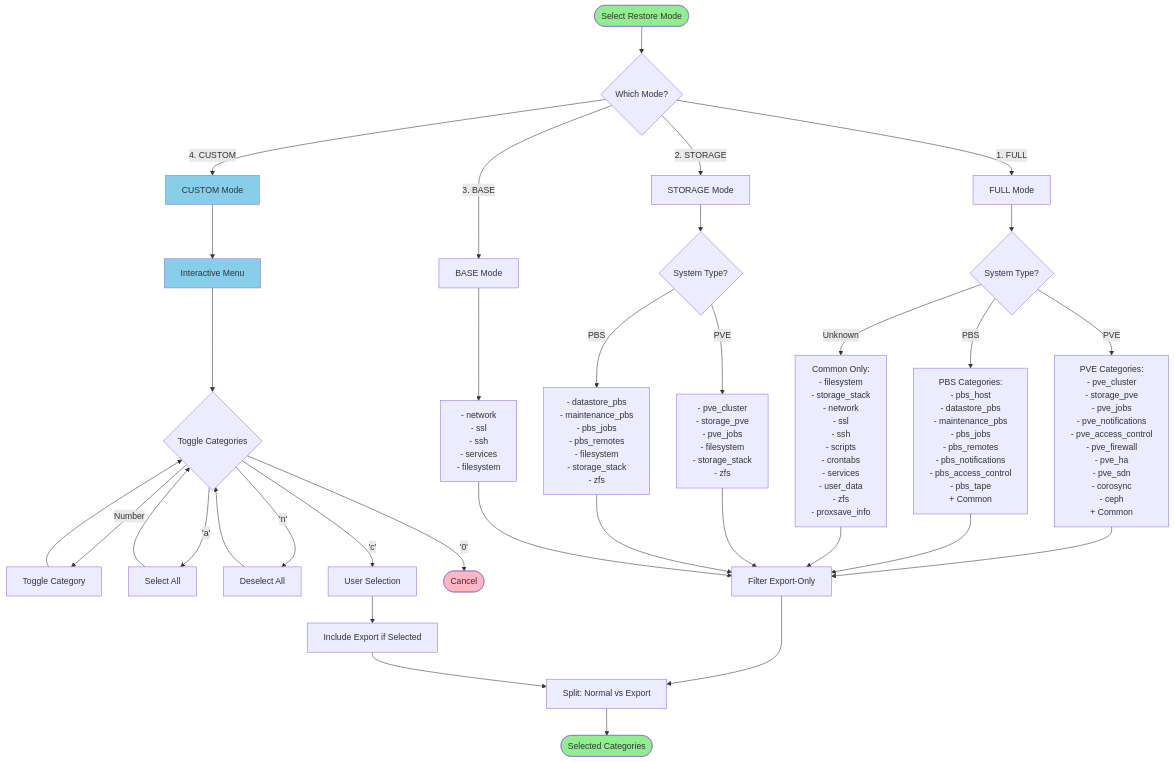
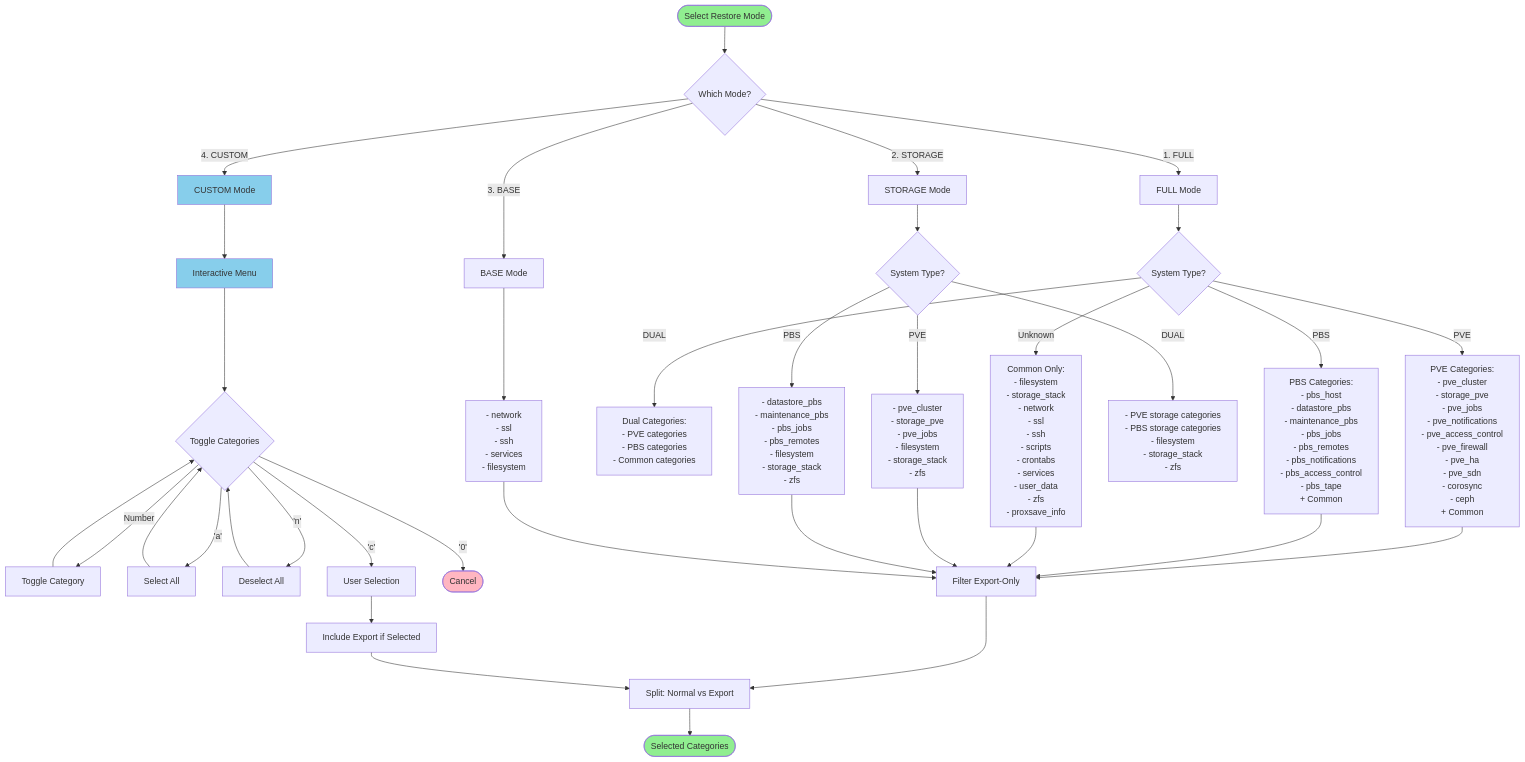
One commit to tis24dev/proxsave changed the second of 12 diagrams in docs/RESTORE_DIAGRAMS.md. Above: the diagram before and after it, drawn with Mermaid. The commit also changed other lines of this file and 148 other files, not shown here.

````diff
--- a/docs/RESTORE_DIAGRAMS.md
+++ b/docs/RESTORE_DIAGRAMS.md
@@ -91,49 +94,51 @@
 ```mermaid
 flowchart TD
     Start([Select Restore Mode]) --> Mode{Which Mode?}
 
     Mode -->|1. FULL| Full[FULL Mode]
     Mode -->|2. STORAGE| Storage[STORAGE Mode]
     Mode -->|3. BASE| Base[BASE Mode]
     Mode -->|4. CUSTOM| Custom[CUSTOM Mode]
 
     Full --> SystemFull{System Type?}
     SystemFull -->|PVE| PVEFull[PVE Categories:<br/>- pve_cluster<br/>- storage_pve<br/>- pve_jobs<br/>- pve_notifications<br/>- pve_access_control<br/>- pve_firewall<br/>- pve_ha<br/>- pve_sdn<br/>- corosync<br/>- ceph<br/>+ Common]
     SystemFull -->|PBS| PBSFull[PBS Categories:<br/>- pbs_host<br/>- datastore_pbs<br/>- maintenance_pbs<br/>- pbs_jobs<br/>- pbs_remotes<br/>- pbs_notifications<br/>- pbs_access_control<br/>- pbs_tape<br/>+ Common]
+    SystemFull -->|DUAL| DualFull[Dual Categories:<br/>- PVE categories<br/>- PBS categories<br/>- Common categories]
     SystemFull -->|Unknown| CommonFull[Common Only:<br/>- filesystem<br/>- storage_stack<br/>- network<br/>- ssl<br/>- ssh<br/>- scripts<br/>- crontabs<br/>- services<br/>- user_data<br/>- zfs<br/>- proxsave_info]
 
     Storage --> SystemStorage{System Type?}
     SystemStorage -->|PVE| PVEStorage[- pve_cluster<br/>- storage_pve<br/>- pve_jobs<br/>- filesystem<br/>- storage_stack<br/>- zfs]
     SystemStorage -->|PBS| PBSStorage[- datastore_pbs<br/>- maintenance_pbs<br/>- pbs_jobs<br/>- pbs_remotes<br/>- filesystem<br/>- storage_stack<br/>- zfs]
+    SystemStorage -->|DUAL| DualStorage[- PVE storage categories<br/>- PBS storage categories<br/>- filesystem<br/>- storage_stack<br/>- zfs]
 
     Base --> BaseCats[- network<br/>- ssl<br/>- ssh<br/>- services<br/>- filesystem]
 
     Custom --> CheckboxMenu[Interactive Menu]
     CheckboxMenu --> ToggleLoop{Toggle Categories}
     ToggleLoop -->|Number| Toggle[Toggle Category]
     Toggle --> ToggleLoop
     ToggleLoop -->|'a'| SelectAll[Select All]
     SelectAll --> ToggleLoop
     ToggleLoop -->|'n'| DeselectAll[Deselect All]
     DeselectAll --> ToggleLoop
     ToggleLoop -->|'c'| CustomSelected[User Selection]
     ToggleLoop -->|'0'| Cancel([Cancel])
 
     PVEFull --> FilterExport[Filter Export-Only]
     PBSFull --> FilterExport
     CommonFull --> FilterExport
     PVEStorage --> FilterExport
     PBSStorage --> FilterExport
     BaseCats --> FilterExport
     CustomSelected --> NoFilter[Include Export if Selected]
 
     FilterExport --> Split[Split: Normal vs Export]
     NoFilter --> Split
     Split --> Result([Selected Categories])
 
     style Start fill:#90EE90
     style Result fill:#90EE90
     style Cancel fill:#FFB6C1
     style Custom fill:#87CEEB
     style CheckboxMenu fill:#87CEEB
 ```
````
